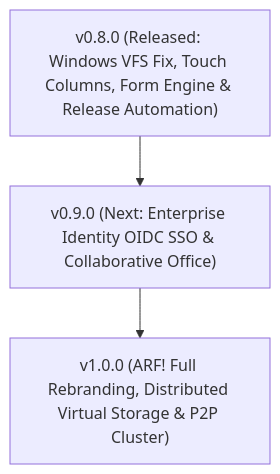
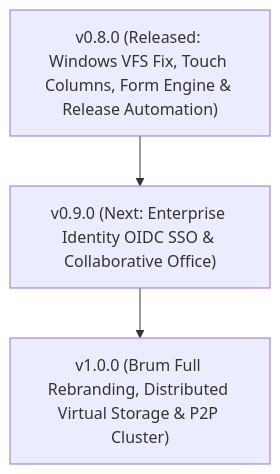
The diagram in ROADMAP.md (Woofson/brum), drawn with Mermaid before and after one commit. The commit also changed other lines of this file, not shown here.

Commit message:
docs(roadmap): update planned rebranding target to Brum

````diff
--- a/ROADMAP.md
+++ b/ROADMAP.md
@@ -97,5 +97,5 @@
 ```mermaid
 graph TD
     A["v0.8.0 (Released: Windows VFS Fix, Touch Columns, Form Engine & Release Automation)"] --> B["v0.9.0 (Next: Enterprise Identity OIDC SSO & Collaborative Office)"]
-    B --> C["v1.0.0 (ARF! Full Rebranding, Distributed Virtual Storage & P2P Cluster)"]
+    B --> C["v1.0.0 (Brum Full Rebranding, Distributed Virtual Storage & P2P Cluster)"]
 ```
````
